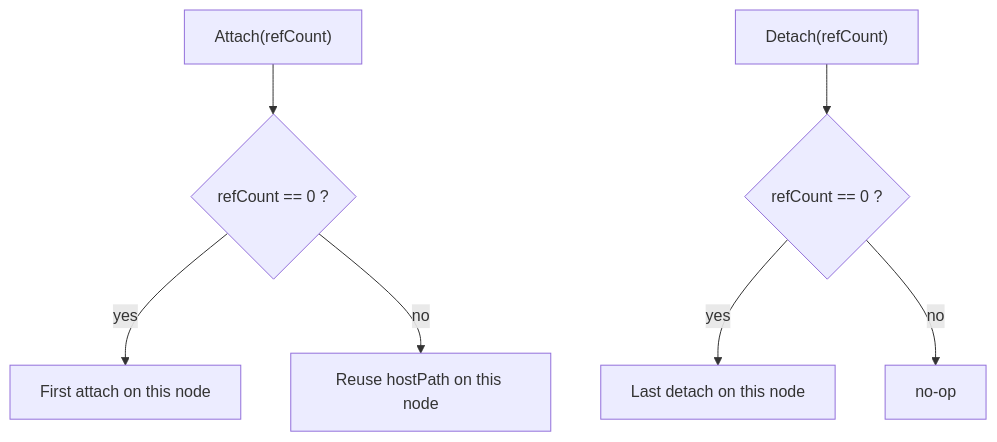
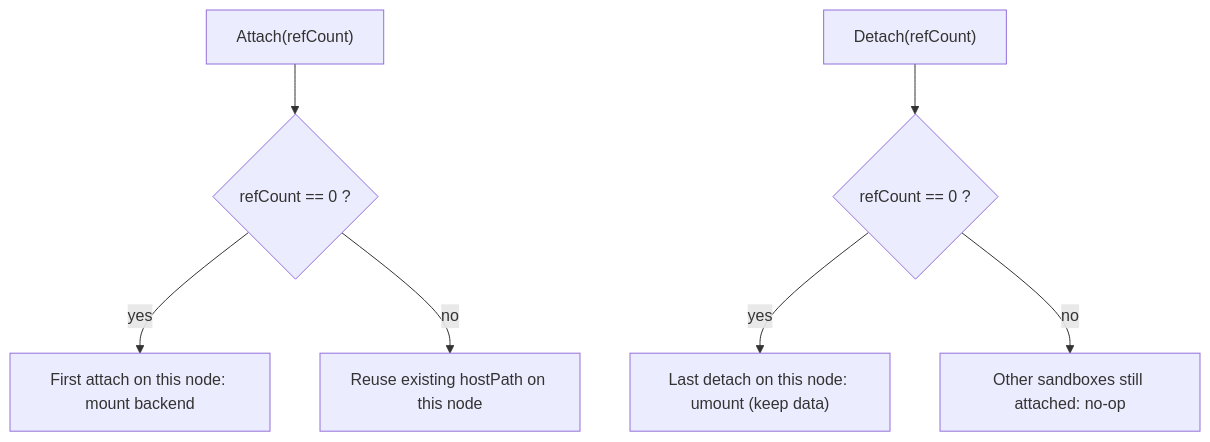
One commit to TencentCloud/CubeSandbox changed the third of 4 diagrams in docs/guide/volume-plugin.md. Above: the diagram before and after it, drawn with Mermaid. The commit also changed other lines of this file and 14 other files, not shown here.

````diff
--- a/docs/guide/volume-plugin.md
+++ b/docs/guide/volume-plugin.md
@@ -359,10 +111,10 @@
 ```mermaid
 flowchart TD
     A["Attach(refCount)"] --> B{"refCount == 0 ?"}
-    B -->|yes| C["First attach on this node"]
-    B -->|no| D["Reuse hostPath on this node"]
+    B -->|yes| C["First attach on this node: mount backend"]
+    B -->|no| D["Reuse existing hostPath on this node"]
 
     E["Detach(refCount)"] --> F{"refCount == 0 ?"}
-    F -->|yes| G["Last detach on this node"]
-    F -->|no| H["no-op"]
+    F -->|yes| G["Last detach on this node: umount (keep data)"]
+    F -->|no| H["Other sandboxes still attached: no-op"]
 ```
````
